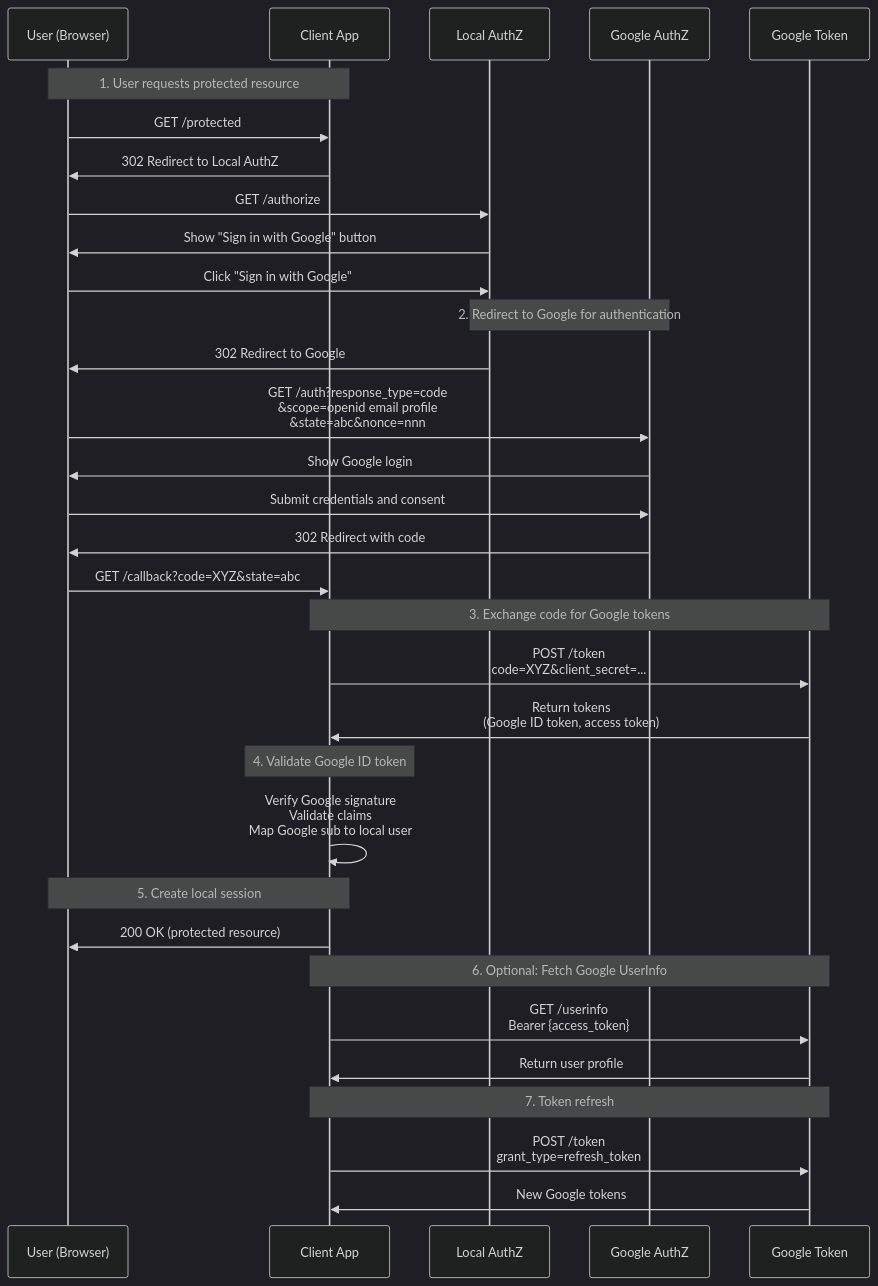
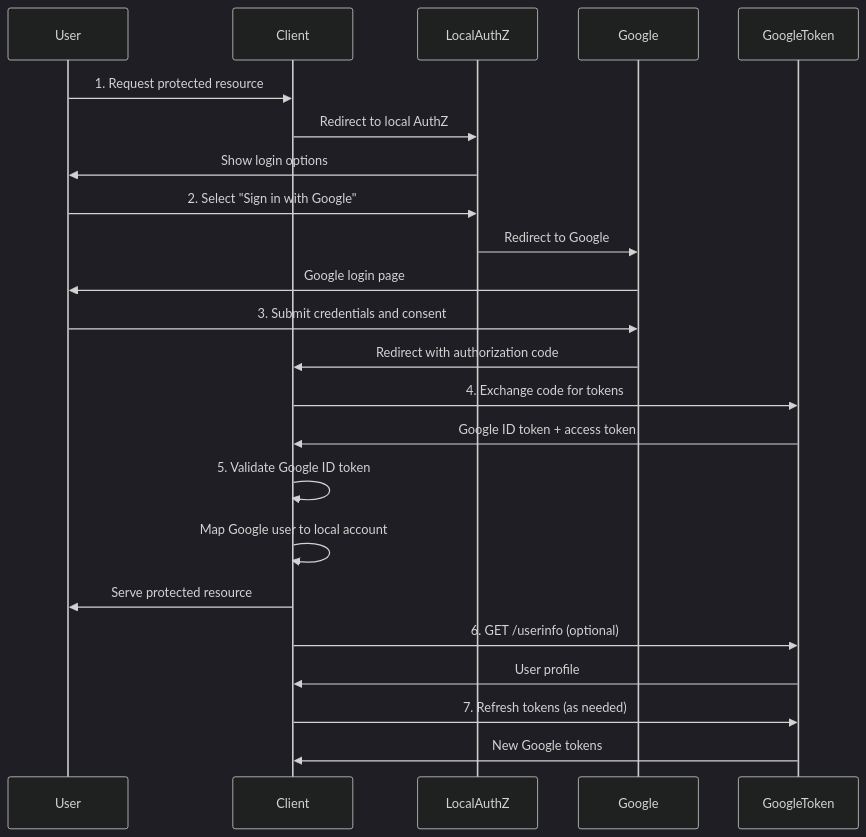
One commit to bordenet/identity-deep-dive changed the second of 2 diagrams in project-1-oauth2-oidc-demo/docs/OIDC_Walk_Thru.md. Above: the diagram before and after it, drawn with Mermaid (dark theme). The commit also changed other lines of this file, not shown here.

Commit message:
Simplify Mermaid diagrams for GitHub renderer compatibility
GitHub's Mermaid renderer has stricter limits than VS Code. Simplified both diagrams:
- Removed 'as' aliases and Note blocks (causes timeout on GitHub)
- Removed all <br/> tags in labels (multi-line breaks cause issues)
- Used simple participant names without descriptions
- Reduced diagram complexity while preserving flow sequence

CRITICAL: No implementation details were lost - all technical specifications remain in:
- OIDC Discovery section (complete .well-known/openid-configuration)
- ID Token Validation (11-step checklist: nonce, at_hash, signature, claims)
- OIDC Scopes section (openid, profile, email, address, phone, offline_access)
- UserInfo Endpoint section (complete endpoint specification)
- Token Endpoint Authentication (client_secret_basic, private_key_jwt, PKCE)
- Error Handling section (all error codes and scenarios)
- PKCE_Deep_Dive.md (complete PKCE implementation guide with code examples)

Diagrams are high-level flow overviews. Text sections contain full implementation details.

🤖 Generated with [Claude Code](https://claude.com/claude-code)

````diff
--- a/project-1-oauth2-oidc-demo/docs/OIDC_Walk_Thru.md
+++ b/project-1-oauth2-oidc-demo/docs/OIDC_Walk_Thru.md
@@ -59,49 +41,32 @@
 ```mermaid
 sequenceDiagram
-  participant U as User (Browser)
-  participant C as Client App
-  participant L as Local AuthZ
-  participant G as Google AuthZ
-  participant GT as Google Token
+    participant User
+    participant Client
+    participant LocalAuthZ
+    participant Google
+    participant GoogleToken
 
-  Note over U,C: 1. User requests protected resource
+    User->>Client: 1. Request protected resource
+    Client->>LocalAuthZ: Redirect to local AuthZ
+    LocalAuthZ->>User: Show login options
 
-  U->>C: GET /protected
-  C->>U: 302 Redirect to Local AuthZ
-  U->>L: GET /authorize
-  L->>U: Show "Sign in with Google" button
-  U->>L: Click "Sign in with Google"
+    User->>LocalAuthZ: 2. Select "Sign in with Google"
+    LocalAuthZ->>Google: Redirect to Google
+    Google->>User: Google login page
 
-  Note over L,G: 2. Redirect to Google for authentication
+    User->>Google: 3. Submit credentials and consent
+    Google->>Client: Redirect with authorization code
 
-  L->>U: 302 Redirect to Google
-  U->>G: GET /auth?response_type=code<br/>&scope=openid email profile<br/>&state=abc&nonce=nnn
+    Client->>GoogleToken: 4. Exchange code for tokens
+    GoogleToken->>Client: Google ID token + access token
 
-  G->>U: Show Google login
-  U->>G: Submit credentials and consent
-  G->>U: 302 Redirect with code
-  U->>C: GET /callback?code=XYZ&state=abc
+    Client->>Client: 5. Validate Google ID token
+    Client->>Client: Map Google user to local account
+    Client->>User: Serve protected resource
 
-  Note over C,GT: 3. Exchange code for Google tokens
+    Client->>GoogleToken: 6. GET /userinfo (optional)
+    GoogleToken->>Client: User profile
 
-  C->>GT: POST /token<br/>code=XYZ&client_secret=...
-  GT->>C: Return tokens<br/>(Google ID token, access token)
-
-  Note over C: 4. Validate Google ID token
-
-  C->>C: Verify Google signature<br/>Validate claims<br/>Map Google sub to local user
-
-  Note over C,U: 5. Create local session
-
-  C->>U: 200 OK (protected resource)
-
-  Note over C,GT: 6. Optional: Fetch Google UserInfo
-
-  C->>GT: GET /userinfo<br/>Bearer {access_token}
-  GT->>C: Return user profile
-
-  Note over C,GT: 7. Token refresh
-
-  C->>GT: POST /token<br/>grant_type=refresh_token
-  GT->>C: New Google tokens
+    Client->>GoogleToken: 7. Refresh tokens (as needed)
+    GoogleToken->>Client: New Google tokens
 ```
````
